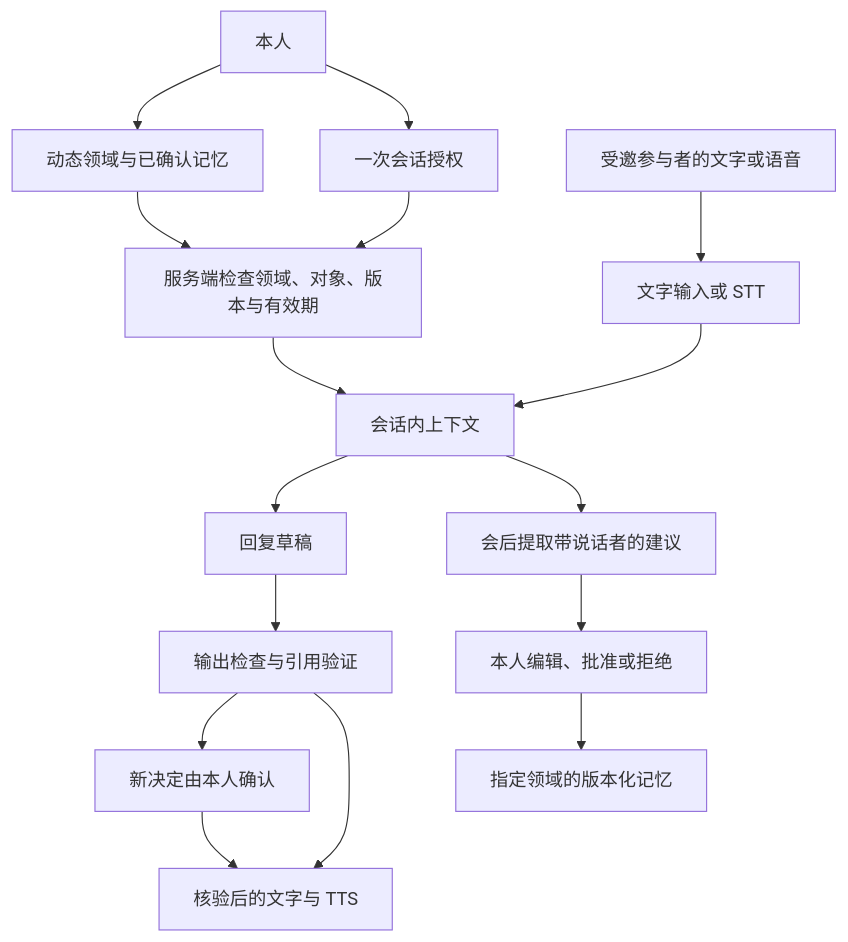
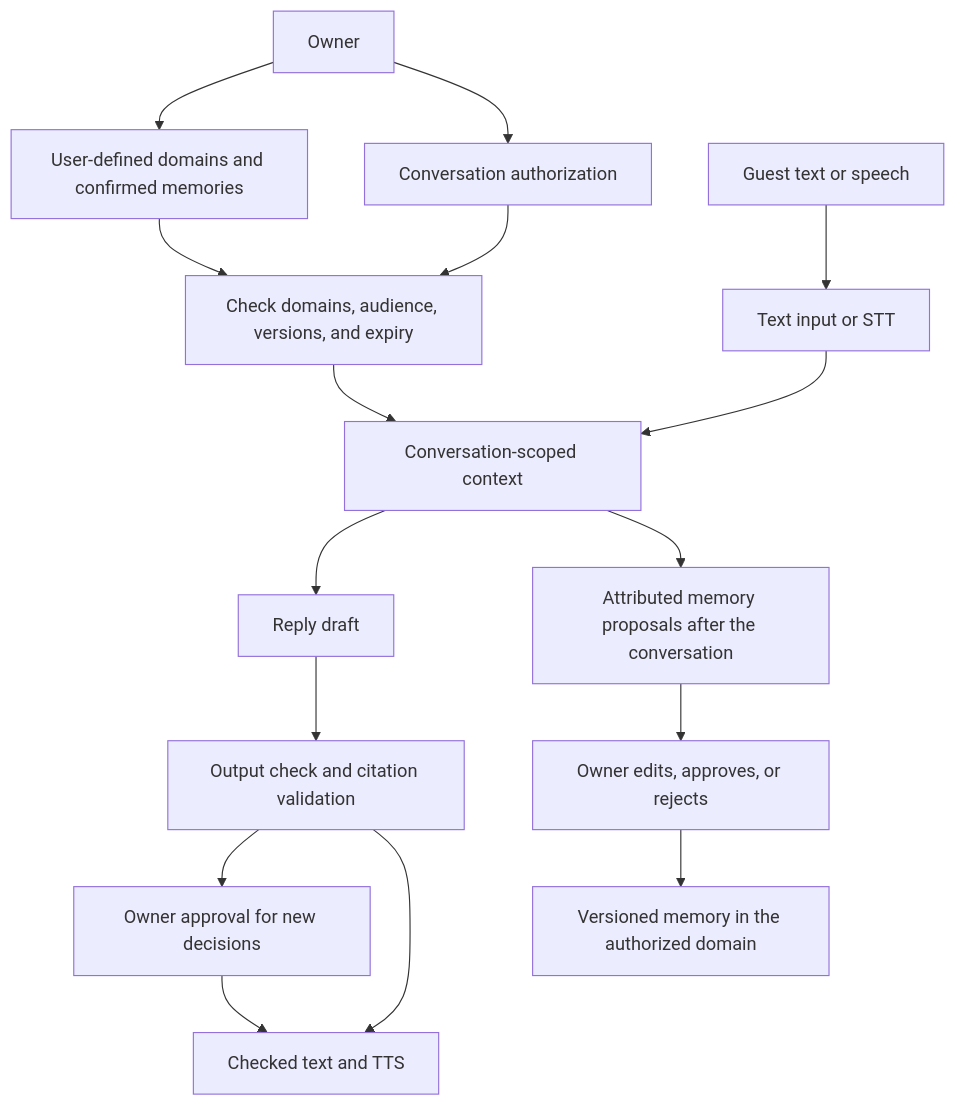
The diagram in docs/ARCHITECTURE.md (jastfkjg/Echooo), drawn with Mermaid before and after one commit. The commit also changed other lines of this file and 21 other files, not shown here.

````diff
--- a/docs/ARCHITECTURE.md
+++ b/docs/ARCHITECTURE.md
@@ -7,18 +7,18 @@
 ```mermaid
 flowchart TD
-    Owner[本人] --> Domains[动态领域与已确认记忆]
-    Owner --> Grant[一次会话授权]
-    Domains --> Select[服务端检查领域、对象、版本与有效期]
+    Owner[Owner] --> Domains[User-defined domains and confirmed memories]
+    Owner --> Grant[Conversation authorization]
+    Domains --> Select[Check domains, audience, versions, and expiry]
     Grant --> Select
-    Guest[受邀参与者的文字或语音] --> Input[文字输入或 STT]
-    Input --> Scoped[会话内上下文]
+    Guest[Guest text or speech] --> Input[Text input or STT]
+    Input --> Scoped[Conversation-scoped context]
     Select --> Scoped
-    Scoped --> Draft[回复草稿]
-    Draft --> Check[输出检查与引用验证]
-    Check --> Approval[新决定由本人确认]
-    Check --> Output[核验后的文字与 TTS]
+    Scoped --> Draft[Reply draft]
+    Draft --> Check[Output check and citation validation]
+    Check --> Approval[Owner approval for new decisions]
+    Check --> Output[Checked text and TTS]
     Approval --> Output
-    Scoped --> Evidence[会后提取带说话者的建议]
-    Evidence --> Review[本人编辑、批准或拒绝]
-    Review --> Write[指定领域的版本化记忆]
+    Scoped --> Evidence[Attributed memory proposals after the conversation]
+    Evidence --> Review[Owner edits, approves, or rejects]
+    Review --> Write[Versioned memory in the authorized domain]
 ```
````
